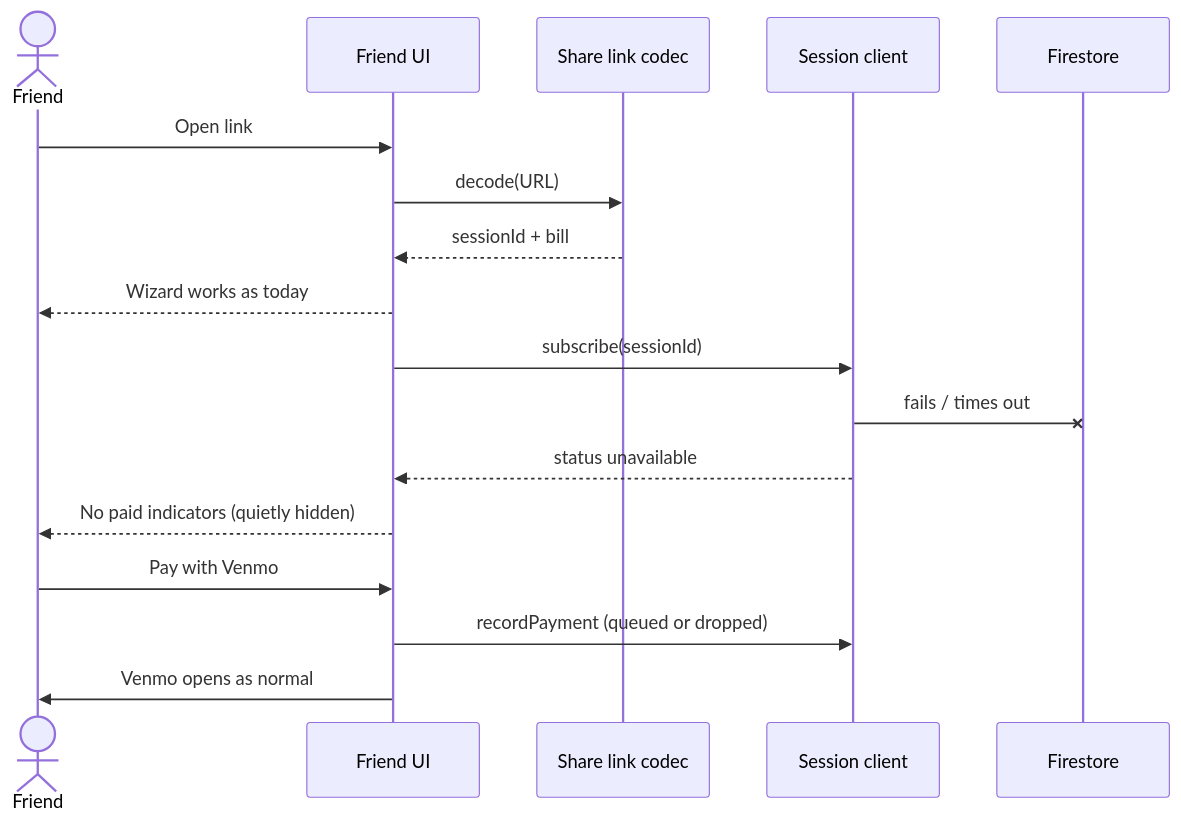
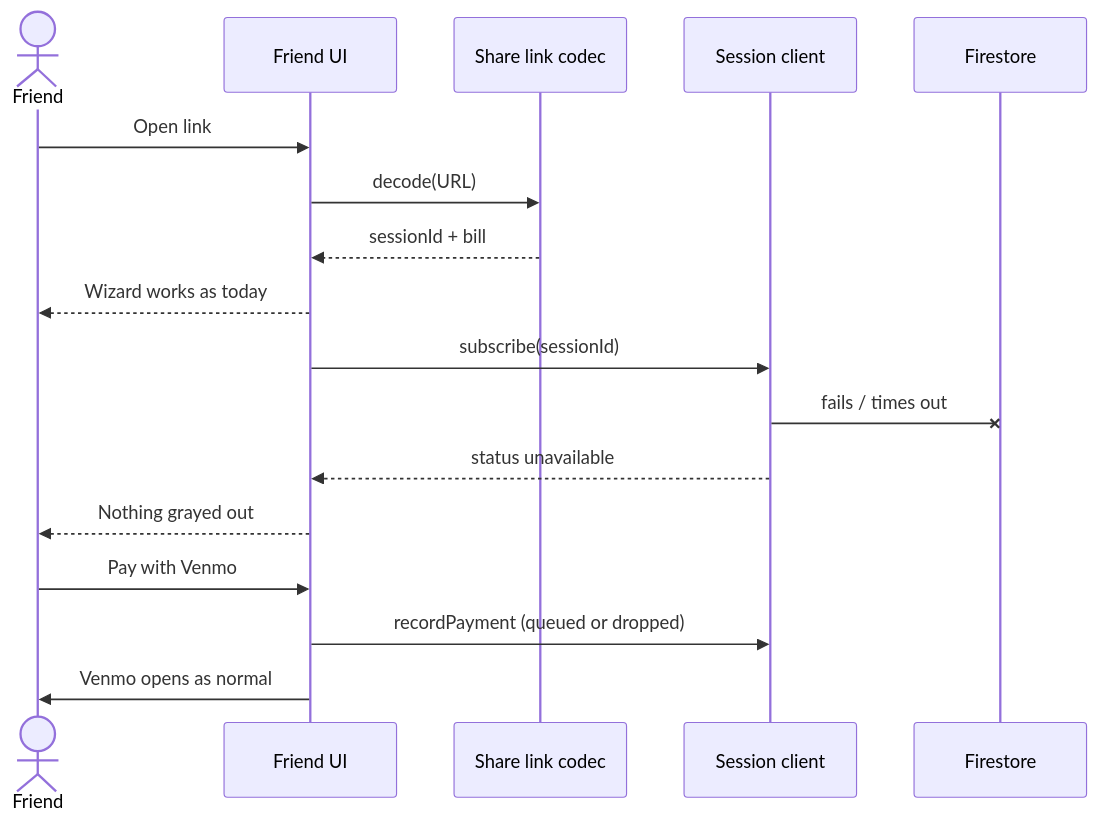
Before and after one commit to quasarbright/dinner-debt: the seventh of 8 diagrams in planning/live-bill-status.plan.md, drawn with Mermaid. The commit also changed other lines of this file, not shown here.

````diff
--- a/planning/live-bill-status.plan.md
+++ b/planning/live-bill-status.plan.md
@@ -193,20 +243,20 @@
 ```mermaid
 sequenceDiagram
   actor Friend
   participant FriendUI as Friend UI
   participant Codec as Share link codec
   participant Client as Session client
   participant FS as Firestore
 
   Friend->>FriendUI: Open link
   FriendUI->>Codec: decode(URL)
   Codec-->>FriendUI: sessionId + bill
   FriendUI-->>Friend: Wizard works as today
   FriendUI->>Client: subscribe(sessionId)
   Client-xFS: fails / times out
   Client-->>FriendUI: status unavailable
-  FriendUI-->>Friend: No paid indicators (quietly hidden)
+  FriendUI-->>Friend: Nothing grayed out
   Friend->>FriendUI: Pay with Venmo
   FriendUI->>Client: recordPayment (queued or dropped)
   FriendUI->>Friend: Venmo opens as normal
 ```
````
